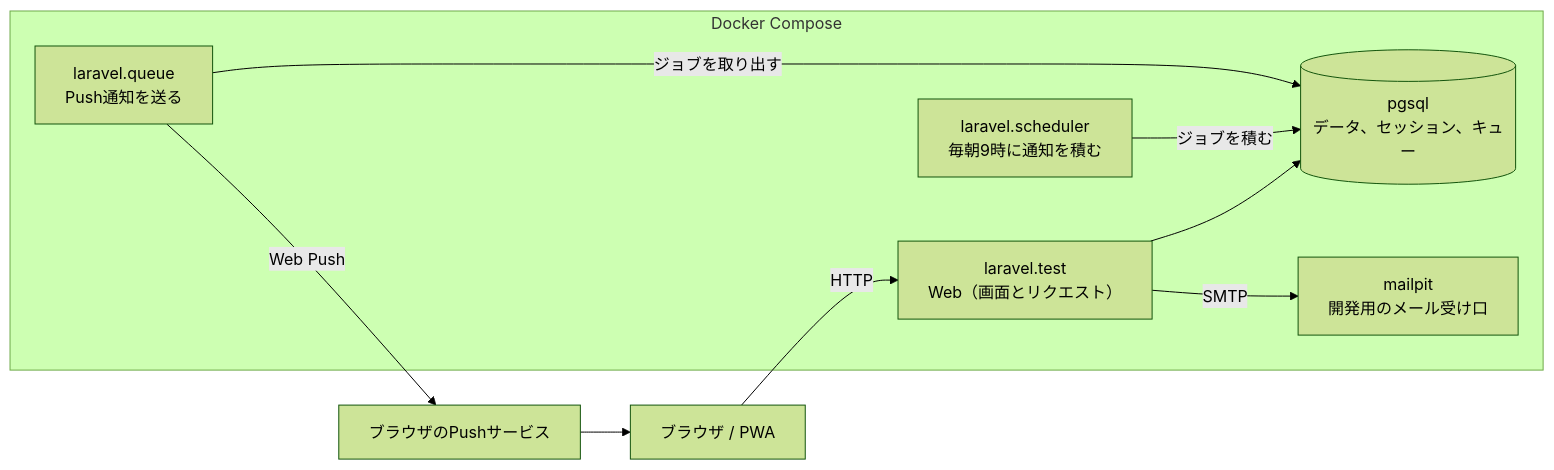
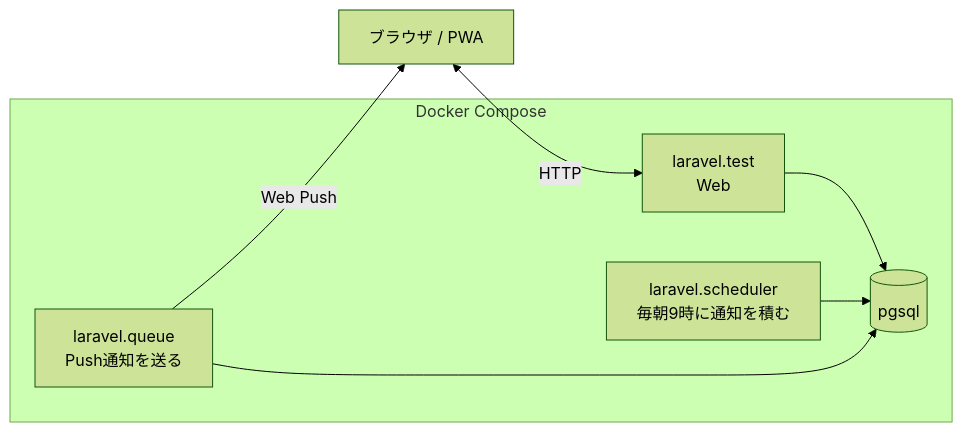
One commit to YUTOKONISHI/stock-reminder changed the diagram in README.md. Above: the diagram before and after it, drawn with Mermaid (forest theme). The commit also changed other lines of this file, not shown here.

````diff
--- a/README.md
+++ b/README.md
@@ -34,21 +31,17 @@
 ```mermaid
 flowchart LR
     browser["ブラウザ / PWA"]
-    push["ブラウザのPushサービス"]
 
     subgraph compose["Docker Compose"]
-        app["laravel.test<br>Web（画面とリクエスト）"]
+        app["laravel.test<br>Web"]
         scheduler["laravel.scheduler<br>毎朝9時に通知を積む"]
         queue["laravel.queue<br>Push通知を送る"]
-        db[("pgsql<br>データ、セッション、キュー")]
-        mail["mailpit<br>開発用のメール受け口"]
+        db[("pgsql")]
     end
 
-    browser -->|HTTP| app
+    browser <-->|HTTP| app
     app --> db
-    scheduler -->|ジョブを積む| db
-    queue -->|ジョブを取り出す| db
-    queue -->|Web Push| push
-    push --> browser
-    app -->|SMTP| mail
+    scheduler --> db
+    queue --> db
+    queue -->|Web Push| browser
 ```
````
